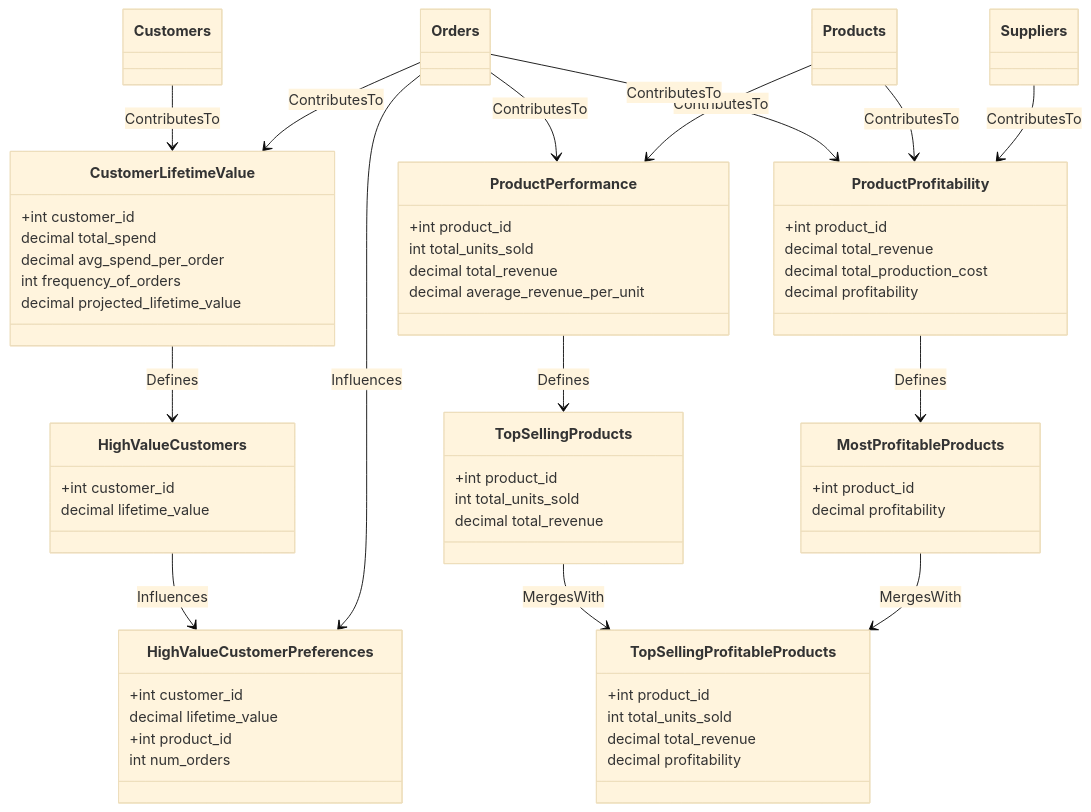
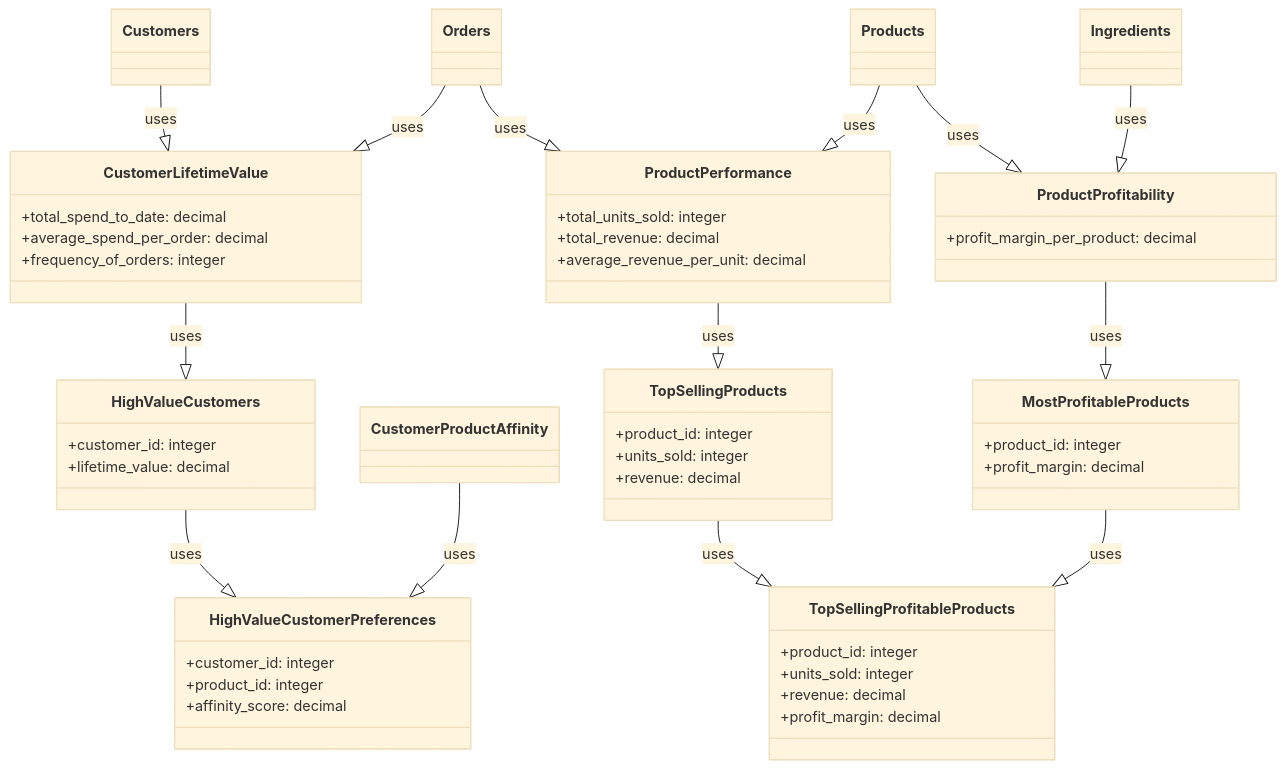
The second of 2 diagrams in README.md (starlake-ai/StarBake), drawn with Mermaid (base theme) before and after one commit. The commit also changed other lines of this file and 1 other file, not shown here.

````diff
--- a/README.md
+++ b/README.md
@@ -93,65 +112,64 @@
 ```mermaid
 classDiagram
-    
+    Customers --|> CustomerLifetimeValue: uses
+    Orders --|> CustomerLifetimeValue: uses
+    Orders --|> ProductPerformance: uses
+    Products --|> ProductPerformance: uses
+    Products --|> ProductProfitability: uses
+    Ingredients --|> ProductProfitability: uses
+    CustomerLifetimeValue --|> HighValueCustomers: uses
+    ProductPerformance --|> TopSellingProducts: uses
+    ProductProfitability --|> MostProfitableProducts: uses
+    TopSellingProducts --|> TopSellingProfitableProducts: uses
+    MostProfitableProducts --|> TopSellingProfitableProducts: uses
+    HighValueCustomers --|> HighValueCustomerPreferences: uses
+    CustomerProductAffinity --|> HighValueCustomerPreferences: uses
+
     class CustomerLifetimeValue {
-        +int customer_id
-        decimal total_spend
-        decimal avg_spend_per_order
-        int frequency_of_orders
-        decimal projected_lifetime_value
-    }
-    class ProductPerformance {
-        +int product_id
-        int total_units_sold
-        decimal total_revenue
-        decimal average_revenue_per_unit
-    }
-    class ProductProfitability {
-        +int product_id
-        decimal total_revenue
-        decimal total_production_cost
-        decimal profitability
-    }
-    class HighValueCustomers {
-        +int customer_id
-        decimal lifetime_value
-    }
-    class TopSellingProducts {
-        +int product_id
-        int total_units_sold
-        decimal total_revenue
-    }
-    class MostProfitableProducts {
-        +int product_id
-        decimal profitability
-    }
-    class TopSellingProfitableProducts {
-        +int product_id
-        int total_units_sold
-        decimal total_revenue
-        decimal profitability
-    }
-    class HighValueCustomerPreferences {
-        +int customer_id
-        decimal lifetime_value
-        +int product_id
-        int num_orders
+        +total_spend_to_date: decimal
+        +average_spend_per_order: decimal
+        +frequency_of_orders: integer
     }
 
-    Customers --> CustomerLifetimeValue : ContributesTo
-    Orders --> CustomerLifetimeValue : ContributesTo
-    Orders --> ProductPerformance : ContributesTo
-    Products --> ProductPerformance : ContributesTo
-    Orders --> ProductProfitability : ContributesTo
-    Products --> ProductProfitability : ContributesTo
-    Suppliers --> ProductProfitability : ContributesTo
-    CustomerLifetimeValue --> HighValueCustomers : Defines
-    ProductPerformance --> TopSellingProducts : Defines
-    ProductProfitability --> MostProfitableProducts : Defines
-    TopSellingProducts --> TopSellingProfitableProducts : MergesWith
-    MostProfitableProducts --> TopSellingProfitableProducts : MergesWith
-    HighValueCustomers --> HighValueCustomerPreferences : Influences
-    Orders --> HighValueCustomerPreferences : Influences
+    class ProductPerformance {
+        +total_units_sold: integer
+        +total_revenue: decimal
+        +average_revenue_per_unit: decimal
+    }
+
+    class ProductProfitability {
+        +profit_margin_per_product: decimal
+    }
+
+    class HighValueCustomers {
+        +customer_id: integer
+        +lifetime_value: decimal
+    }
+
+    class TopSellingProducts {
+        +product_id: integer
+        +units_sold: integer
+        +revenue: decimal
+    }
+
+    class MostProfitableProducts {
+        +product_id: integer
+        +profit_margin: decimal
+    }
+
+    class TopSellingProfitableProducts {
+        +product_id: integer
+        +units_sold: integer
+        +revenue: decimal
+        +profit_margin: decimal
+    }
+
+    class HighValueCustomerPreferences {
+        +customer_id: integer
+        +product_id: integer
+        +affinity_score: decimal
+    }
+
 
 
 ```
````
